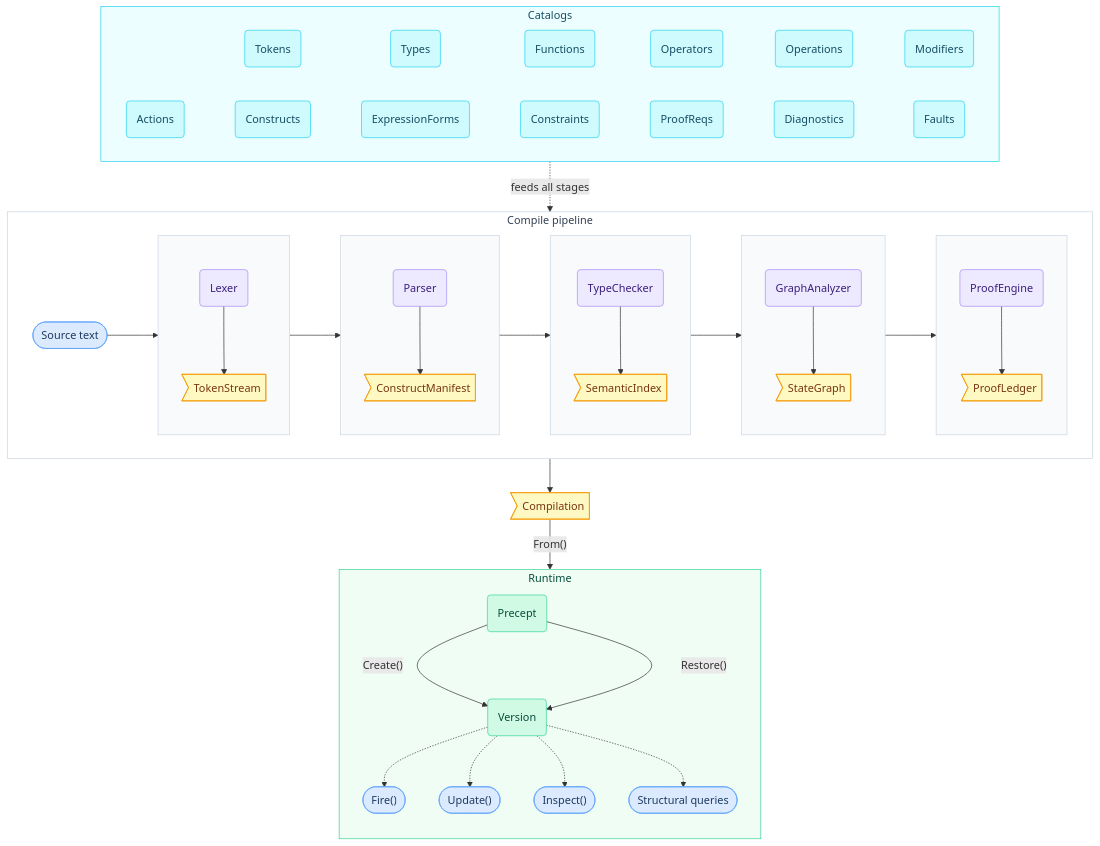
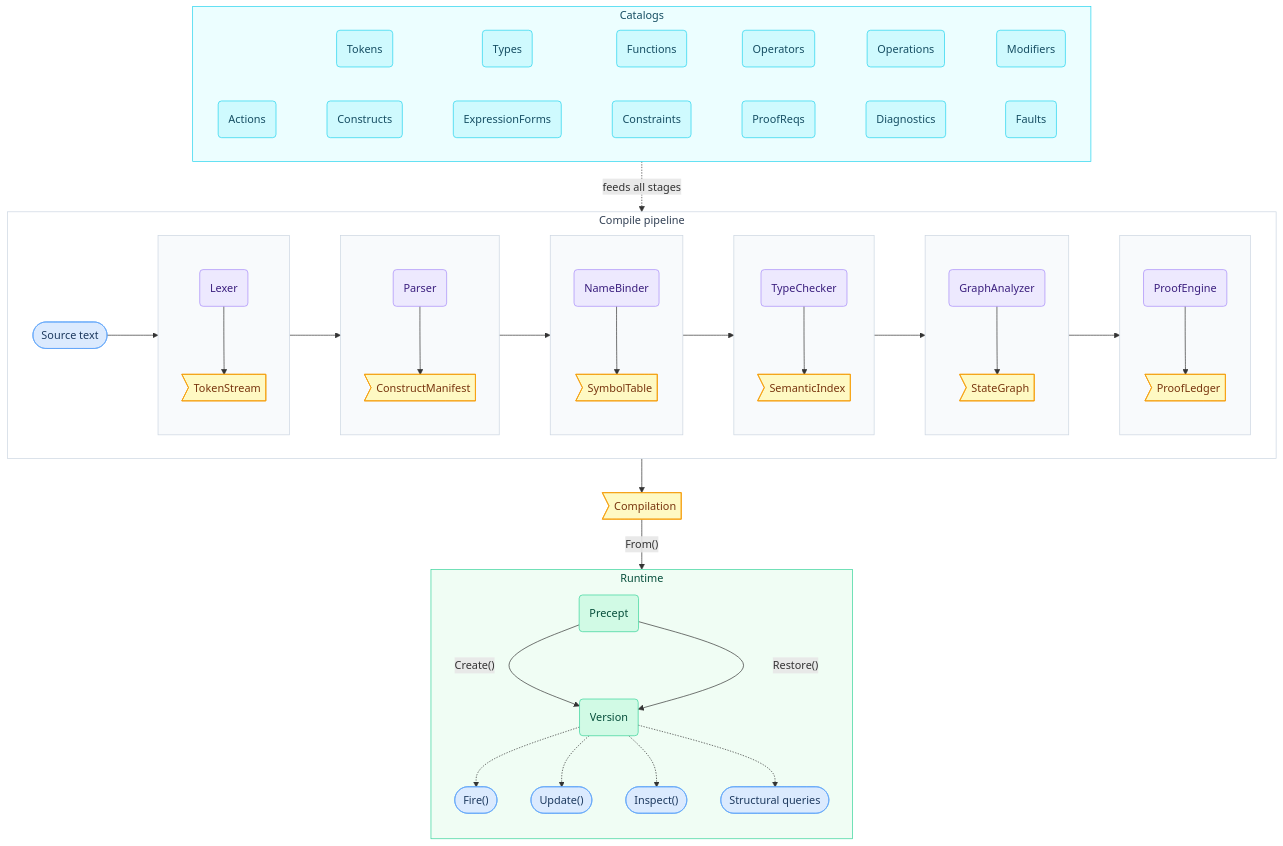
The first of 10 diagrams in docs/compiler-and-runtime-design.md (sfalik/Precept), drawn with Mermaid before and after one commit. The commit also changed other lines of this file and 18 other files, not shown here.

First line of the commit message:
docs: exhaustive NameBinder pipeline stage documentation sync

````diff
--- a/docs/compiler-and-runtime-design.md
+++ b/docs/compiler-and-runtime-design.md
@@ -61,76 +61,81 @@
 ```mermaid
 flowchart TD
     classDef input    fill:#dbeafe,stroke:#60a5fa,color:#1e3a5f
     classDef catalog  fill:#cffafe,stroke:#22d3ee,color:#164e63
     classDef stage    fill:#ede9fe,stroke:#a78bfa,color:#3b1f7e
     classDef artifact fill:#fef3c7,stroke:#f59e0b,color:#78350f
     classDef out      fill:#fef9c3,stroke:#f59e0b,color:#78350f
     classDef runtime  fill:#d1fae5,stroke:#34d399,color:#064e3b
 
     PR(Precept):::runtime
     V(Version):::runtime
     INS(["Inspect()"]):::input
     SQ([Structural queries]):::input
     FIR(["Fire()"]):::input
     UPD(["Update()"]):::input
 
     subgraph COMPILE[Compile pipeline]
         direction LR
 
         SRC([Source text]):::input
 
         subgraph c1[ ]
             direction TB
             LEX(Lexer):::stage --> TS>"TokenStream"]:::out
         end
         subgraph c2[ ]
             direction TB
             PAR(Parser):::stage --> ST>"ConstructManifest"]:::out
         end
+        subgraph c2b[ ]
+            direction TB
+            NB(NameBinder):::stage --> SYM>"SymbolTable"]:::out
+        end
         subgraph c3[ ]
             direction TB
             TC(TypeChecker):::stage --> SI>"SemanticIndex"]:::out
         end
         subgraph c4[ ]
             direction TB
             GA(GraphAnalyzer):::stage --> SG>"StateGraph"]:::out
         end
         subgraph c5[ ]
             direction TB
             PE(ProofEngine):::stage --> PL>"ProofLedger"]:::out
         end
 
-        SRC --> c1 --> c2 --> c3 --> c4 --> c5
+        SRC --> c1 --> c2 --> c2b --> c3 --> c4 --> c5
     end
 
     CR>"Compilation"]:::out
 
     subgraph CATALOGS[Catalogs]
         direction LR
         TOK(Tokens):::catalog ~~~ TYP(Types):::catalog ~~~ FUN(Functions):::catalog ~~~ OPR(Operators):::catalog ~~~ OPN(Operations):::catalog ~~~ MOD(Modifiers):::catalog
         ACT(Actions):::catalog ~~~ CON(Constructs):::catalog ~~~ EXP(ExpressionForms):::catalog ~~~ CST(Constraints):::catalog ~~~ PRQ(ProofReqs):::catalog ~~~ DIA(Diagnostics):::catalog ~~~ FLT(Faults):::catalog
     end
 
     CATALOGS -. feeds all stages .-> COMPILE
     COMPILE --> CR
     CR -- "From()" --> PR
 
     subgraph RUNTIME[Runtime]
         direction TB
         PR -- "Create()" --> V
         PR -- "Restore()" --> V
         V -.-> FIR
         V -.-> UPD
         V -.-> INS
         V -.-> SQ
     end
 
     style COMPILE  fill:#ffffff,stroke:#cbd5e1,color:#334155
     style RUNTIME  fill:#f0fdf4,stroke:#34d399,color:#064e3b
     style CATALOGS fill:#ecfeff,stroke:#22d3ee,color:#164e63
     style c1 fill:#f8fafc,stroke:#cbd5e1
     style c2 fill:#f8fafc,stroke:#cbd5e1
+    style c2b fill:#f8fafc,stroke:#cbd5e1
     style c3 fill:#f8fafc,stroke:#cbd5e1
     style c4 fill:#f8fafc,stroke:#cbd5e1
     style c5 fill:#f8fafc,stroke:#cbd5e1
 ```
````
